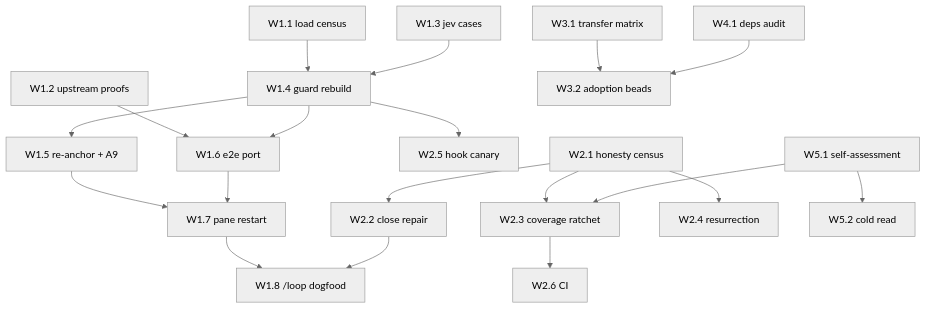
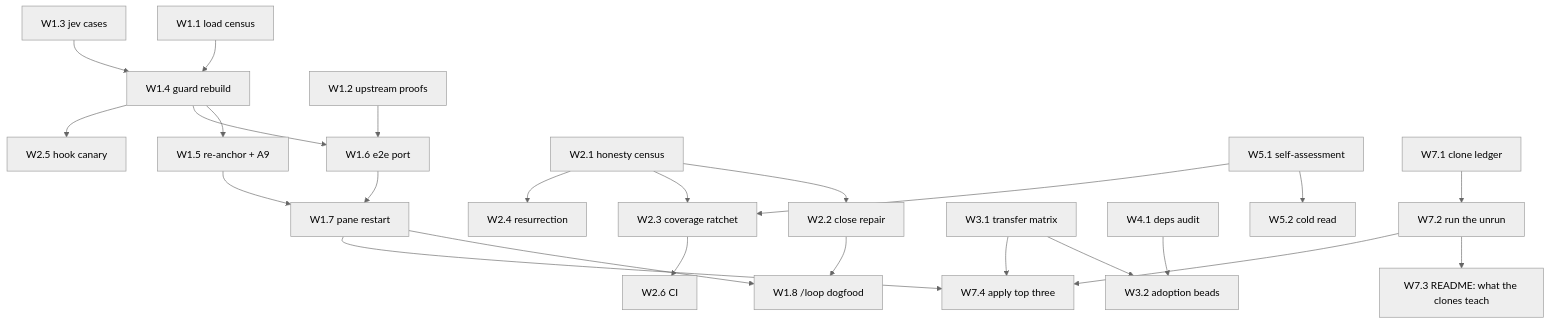
The diagram in docs/PLAN-DEEP-KIT-20260922.md (JYeswak/jev_playground), drawn with Mermaid (neutral theme) before and after one commit. The commit also changed other lines of this file, not shown here.

Commit message:
[pending] plan round 1 integrated (p5 6 changes, p2 6 changes) + W7: learn Jev from the 28 clones, Rust via RCH jev-deep-kit-8q7

````diff
--- a/docs/PLAN-DEEP-KIT-20260922.md
+++ b/docs/PLAN-DEEP-KIT-20260922.md
@@ -460,21 +537,26 @@
 ```mermaid
 graph TD
   W11[W1.1 load census] --> W14[W1.4 guard rebuild]
   W12[W1.2 upstream proofs] --> W16[W1.6 e2e port]
   W13[W1.3 jev cases] --> W14
   W14 --> W15[W1.5 re-anchor + A9]
   W14 --> W16
   W14 --> W25[W2.5 hook canary]
   W15 --> W17[W1.7 pane restart]
   W16 --> W17
   W17 --> W18[W1.8 /loop dogfood]
   W21[W2.1 honesty census] --> W22[W2.2 close repair]
   W21 --> W23[W2.3 coverage ratchet]
   W21 --> W24[W2.4 resurrection]
   W23 --> W26[W2.6 CI]
   W31[W3.1 transfer matrix] --> W32[W3.2 adoption beads]
   W41[W4.1 deps audit] --> W32
   W51[W5.1 self-assessment] --> W52[W5.2 cold read]
   W51 --> W23
   W22 --> W18
+  W71[W7.1 clone ledger] --> W72[W7.2 run the unrun]
+  W72 --> W73[W7.3 README: what the clones teach]
+  W72 --> W74[W7.4 apply top three]
+  W31 --> W74
+  W17 --> W74
 ```
````
